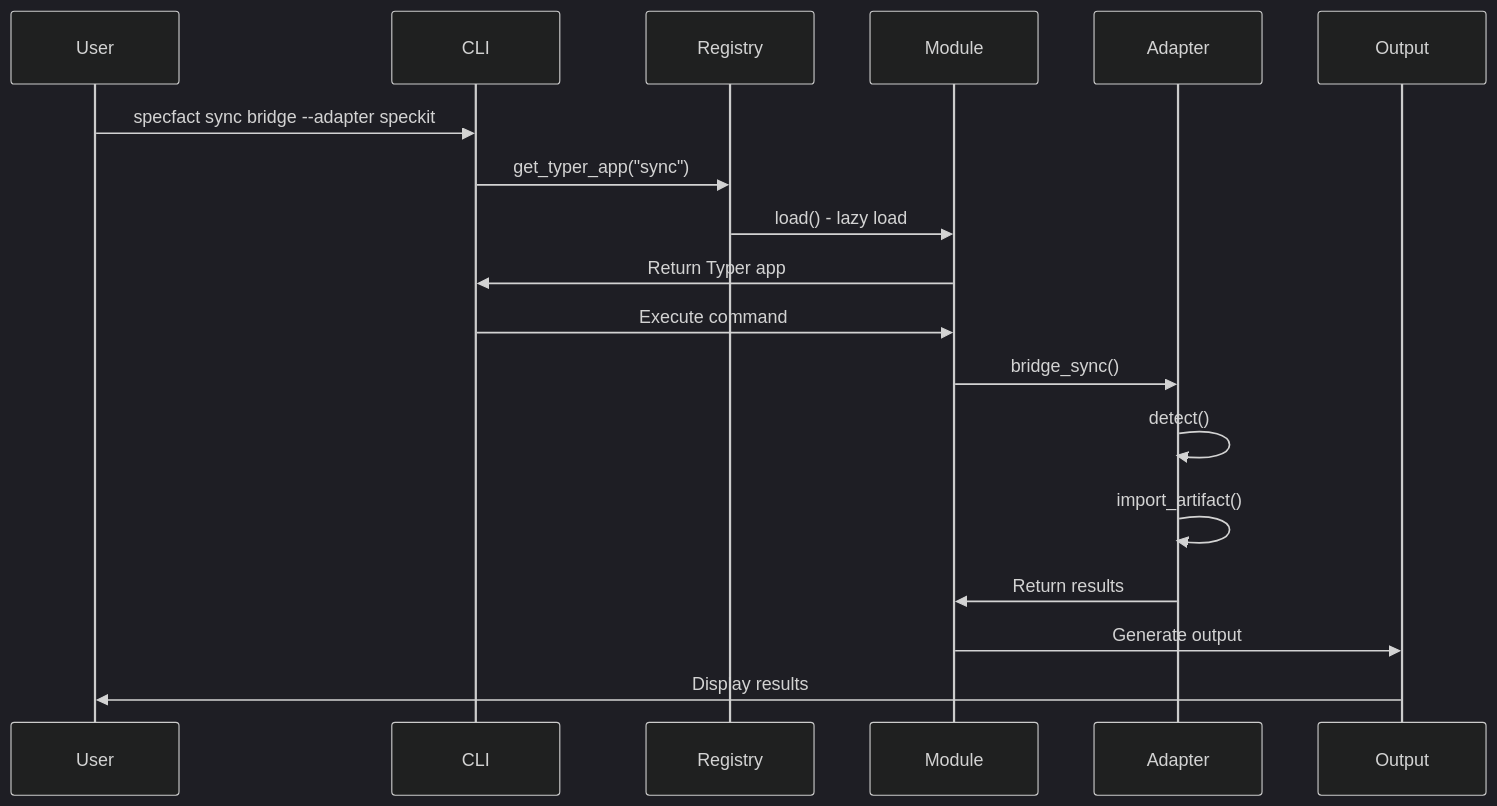
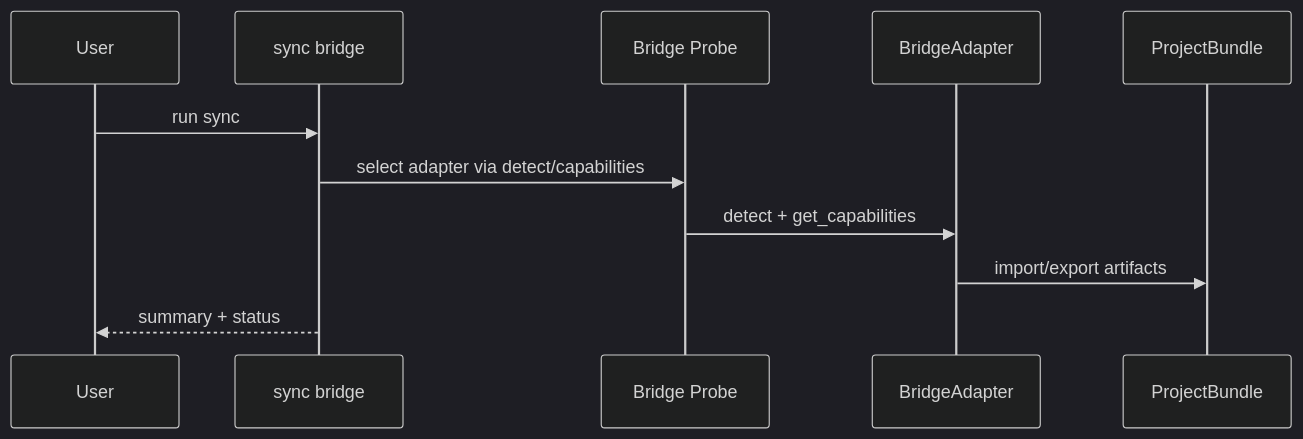
One commit to nold-ai/specfact-cli changed the second of 2 diagrams in docs/architecture/data-flow.md. Above: the diagram before and after it, drawn with Mermaid (dark theme). The commit also changed other lines of this file and 65 other files, not shown here.

Commit message:
chore(openspec): archive completed changes and align architecture docs

````diff
--- a/docs/architecture/data-flow.md
+++ b/docs/architecture/data-flow.md
@@ -56,21 +17,14 @@
 ```mermaid
 sequenceDiagram
     participant User
-    participant CLI
-    participant Registry
-    participant Module
-    participant Adapter
-    participant Output
-    
-    User->>CLI: specfact sync bridge --adapter speckit
-    CLI->>Registry: get_typer_app("sync")
-    Registry->>Module: load() - lazy load
-    Module->>CLI: Return Typer app
-    CLI->>Module: Execute command
-    Module->>Adapter: bridge_sync()
-    Adapter->>Adapter: detect()
-    Adapter->>Adapter: import_artifact()
-    Adapter->>Module: Return results
-    Module->>Output: Generate output
-    Output->>User: Display results
+    participant Command as sync bridge
+    participant Probe as Bridge Probe
+    participant Adapter as BridgeAdapter
+    participant Bundle as ProjectBundle
+
+    User->>Command: run sync
+    Command->>Probe: select adapter via detect/capabilities
+    Probe->>Adapter: detect + get_capabilities
+    Adapter->>Bundle: import/export artifacts
+    Command-->>User: summary + status
 ```
````
